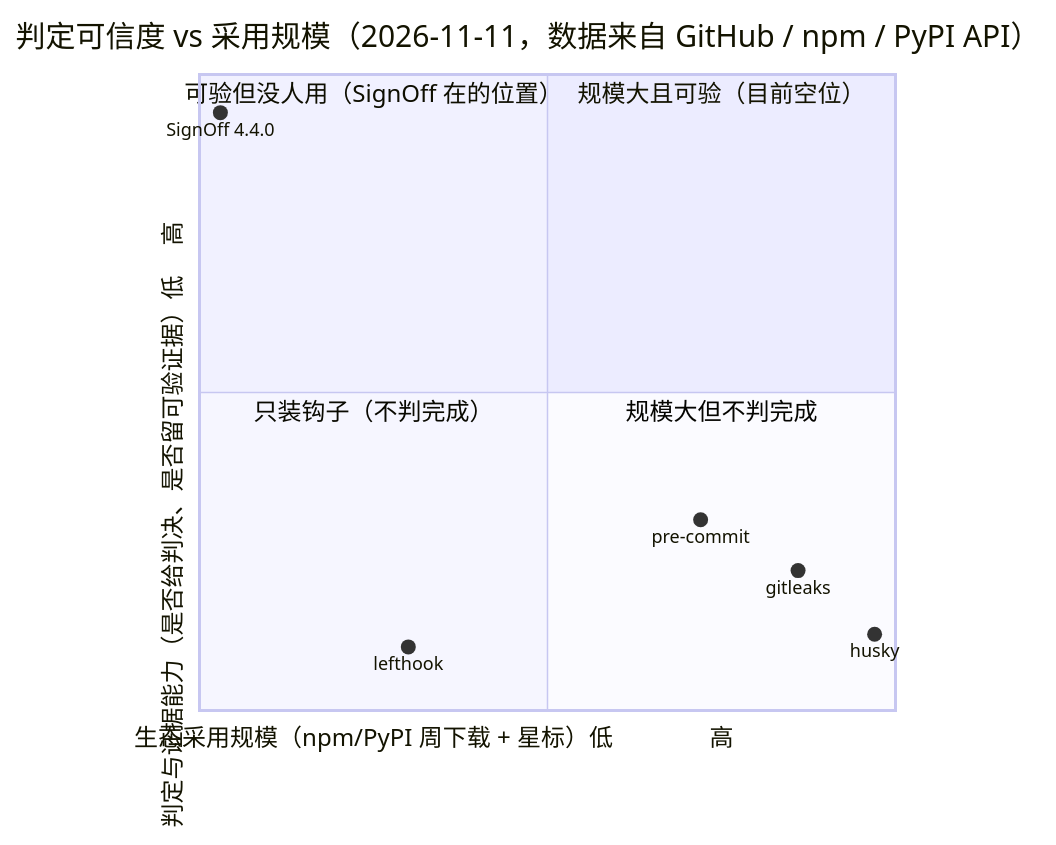
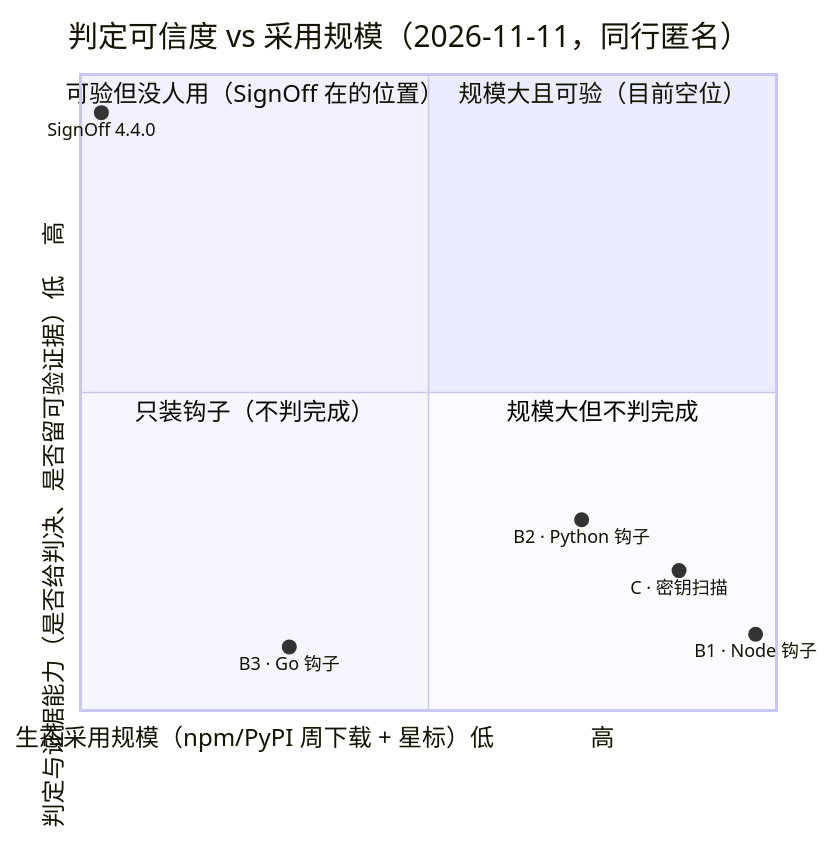
The diagram in docs/diagrams/src/quadrant.mmd (ayuanxx-max/signoff-cli), drawn with Mermaid before and after one commit. The commit also changed 11 other files, not shown here.

```diff
--- a/docs/diagrams/src/quadrant.mmd
+++ b/docs/diagrams/src/quadrant.mmd
@@ -1,13 +1,13 @@
 quadrantChart
-    title 判定可信度 vs 采用规模（2026-11-11，数据来自 GitHub / npm / PyPI API）
+    title 判定可信度 vs 采用规模（2026-11-11，同行匿名）
     x-axis 生态采用规模（npm/PyPI 周下载 + 星标）低 --> 高
     y-axis 判定与证据能力（是否给判决、是否留可验证据）低 --> 高
     quadrant-1 规模大且可验（目前空位）
     quadrant-2 可验但没人用（SignOff 在的位置）
     quadrant-3 只装钩子（不判完成）
     quadrant-4 规模大但不判完成
     "SignOff 4.4.0": [0.03, 0.94]
-    "husky": [0.97, 0.12]
-    "pre-commit": [0.72, 0.30]
-    "lefthook": [0.30, 0.10]
-    "gitleaks": [0.86, 0.22]
+    "B1 · Node 钩子": [0.97, 0.12]
+    "B2 · Python 钩子": [0.72, 0.30]
+    "B3 · Go 钩子": [0.30, 0.10]
+    "C · 密钥扫描": [0.86, 0.22]
```
